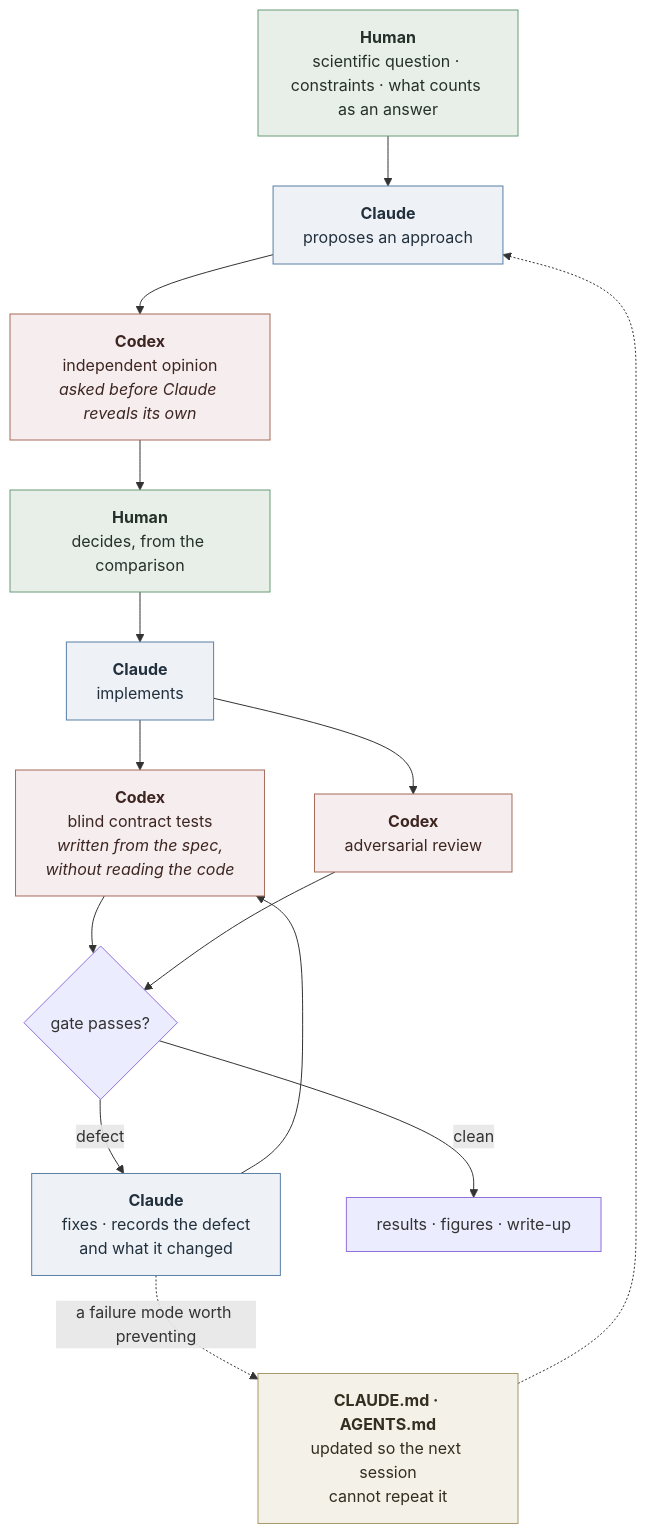
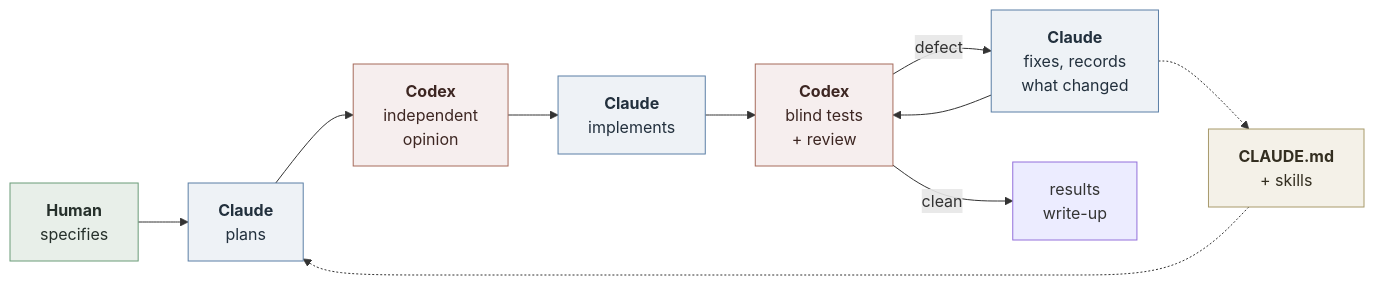
Before and after one commit to prakritipaul/dopa-differentiation-efficiency: the diagram in README.md, drawn with Mermaid. The commit also changed other lines of this file, not shown here.

````diff
--- a/README.md
+++ b/README.md
@@ -282,31 +29,21 @@
 ```mermaid
-flowchart TD
-    SPEC["<b>Human</b><br/>scientific question · constraints · what counts as an answer"]
-
-    SPEC --> PLAN["<b>Claude</b><br/>proposes an approach"]
-    PLAN --> OPIN["<b>Codex</b><br/>independent opinion<br/><i>asked before Claude reveals its own</i>"]
-    OPIN --> PICK["<b>Human</b><br/>decides, from the comparison"]
-    PICK --> IMPL["<b>Claude</b><br/>implements"]
-
-    IMPL --> BLIND["<b>Codex</b><br/>blind contract tests<br/><i>written from the spec,<br/>without reading the code</i>"]
-    IMPL --> REV["<b>Codex</b><br/>adversarial review"]
-
-    BLIND --> GATE{"gate passes?"}
-    REV --> GATE
-
-    GATE -- defect --> FIX["<b>Claude</b><br/>fixes · records the defect<br/>and what it changed"]
-    FIX --> BLIND
-    GATE -- clean --> OUT["results · figures · write-up"]
-
-    FIX -.->|"a failure mode worth preventing"| RULES["<b>CLAUDE.md · AGENTS.md</b><br/>updated so the next session<br/>cannot repeat it"]
+flowchart LR
+    SPEC["<b>Human</b><br/>specifies"] --> PLAN["<b>Claude</b><br/>plans"]
+    PLAN --> OPIN["<b>Codex</b><br/>independent<br/>opinion"]
+    OPIN --> IMPL["<b>Claude</b><br/>implements"]
+    IMPL --> CHECK["<b>Codex</b><br/>blind tests<br/>+ review"]
+    CHECK -- defect --> FIX["<b>Claude</b><br/>fixes, records<br/>what changed"]
+    FIX --> CHECK
+    CHECK -- clean --> OUT["results<br/>write-up"]
+    FIX -.-> RULES["<b>CLAUDE.md</b><br/>+ skills"]
     RULES -.-> PLAN
 
-    classDef human fill:#e8efe9,stroke:#6a9c78,color:#26302b
-    classDef claude fill:#eef2f6,stroke:#5b7fa6,color:#22303d
-    classDef codex fill:#f6eeee,stroke:#a66b5b,color:#3d2622
-    classDef rules fill:#f4f1e8,stroke:#a89a6b,color:#332e20
-    class SPEC,PICK human
-    class PLAN,IMPL,FIX claude
-    class OPIN,BLIND,REV codex
-    class RULES rules
+    classDef h fill:#e8efe9,stroke:#6a9c78,color:#26302b
+    classDef c fill:#eef2f6,stroke:#5b7fa6,color:#22303d
+    classDef x fill:#f6eeee,stroke:#a66b5b,color:#3d2622
+    classDef r fill:#f4f1e8,stroke:#a89a6b,color:#332e20
+    class SPEC h
+    class PLAN,IMPL,FIX c
+    class OPIN,CHECK x
+    class RULES r
 ```
````
